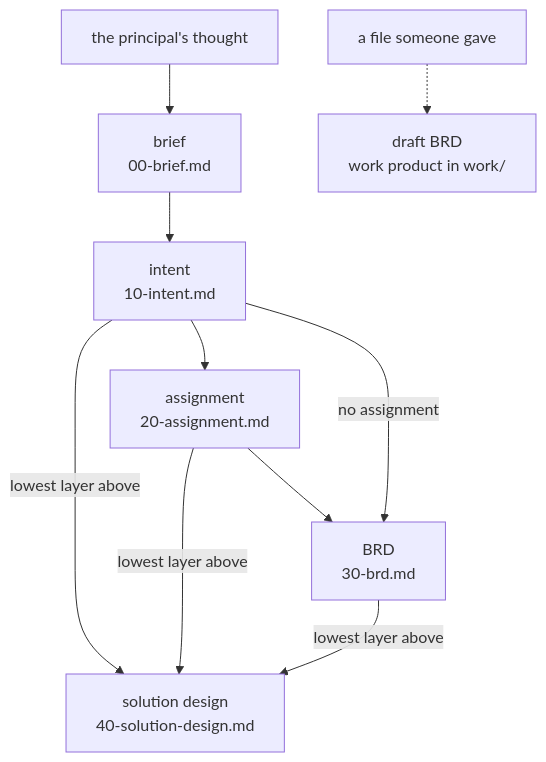
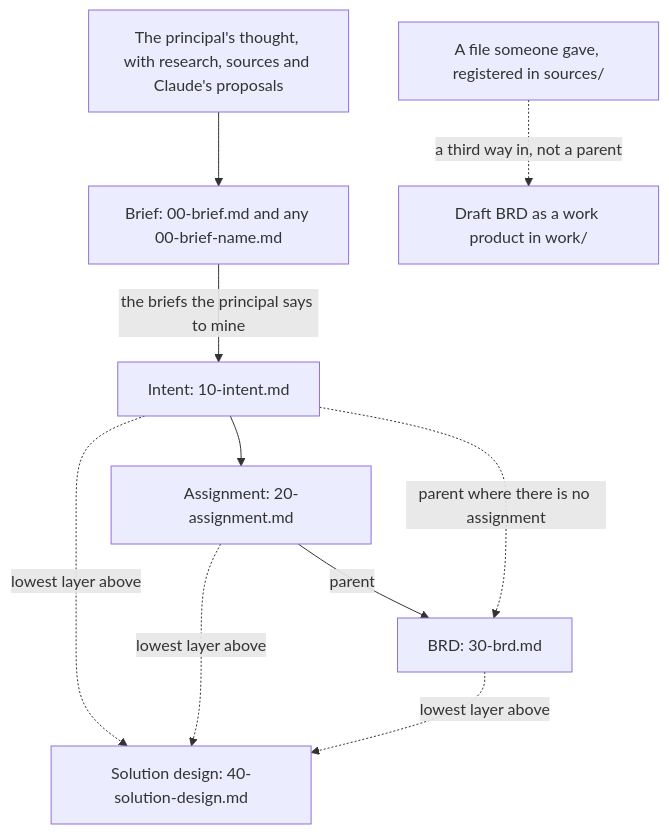
One commit to pche-broken-artist/forge-of-thought changed the diagram in docs/about/the-document-chain.md. Above: the diagram before and after it, drawn with Mermaid. The commit also changed other lines of this file and 104 other files, not shown here.

````diff
--- a/docs/about/the-document-chain.md
+++ b/docs/about/the-document-chain.md
@@ -105,12 +90,12 @@
 ```mermaid
 flowchart TD
-    T["the principal's thought"] --> B["brief<br/>00-brief.md"]
-    B --> I["intent<br/>10-intent.md"]
-    I --> A["assignment<br/>20-assignment.md"]
-    A --> R["BRD<br/>30-brd.md"]
-    I -->|"no assignment"| R
-    F["a file someone gave"] -.-> W["draft BRD<br/>work product in work/"]
-    I -->|"lowest layer above"| S["solution design<br/>40-solution-design.md"]
-    A -->|"lowest layer above"| S
-    R -->|"lowest layer above"| S
+  T["The principal's thought, with research, sources and Claude's proposals"] --> B["Brief: 00-brief.md and any 00-brief-name.md"]
+  B -->|the briefs the principal says to mine| I["Intent: 10-intent.md"]
+  I --> A["Assignment: 20-assignment.md"]
+  A -->|parent| R["BRD: 30-brd.md"]
+  I -.->|parent where there is no assignment| R
+  F["A file someone gave, registered in sources/"] -.->|a third way in, not a parent| W["Draft BRD as a work product in work/"]
+  I -.->|lowest layer above| S["Solution design: 40-solution-design.md"]
+  A -.->|lowest layer above| S
+  R -.->|lowest layer above| S
 ```
````
